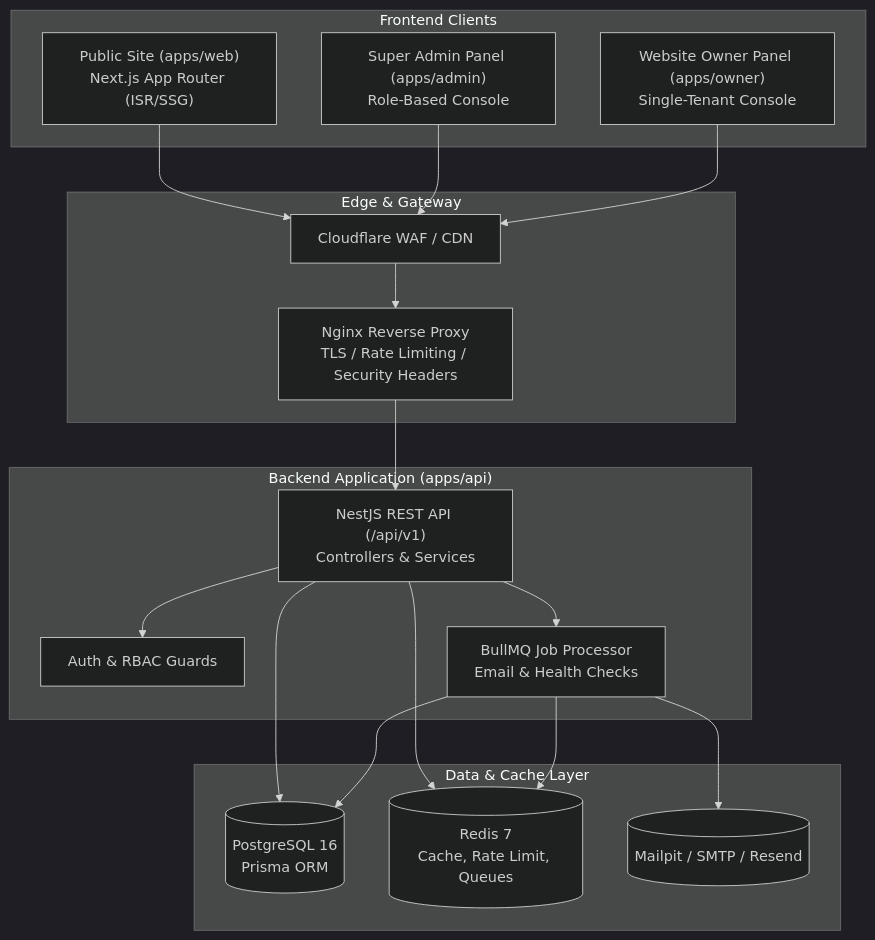
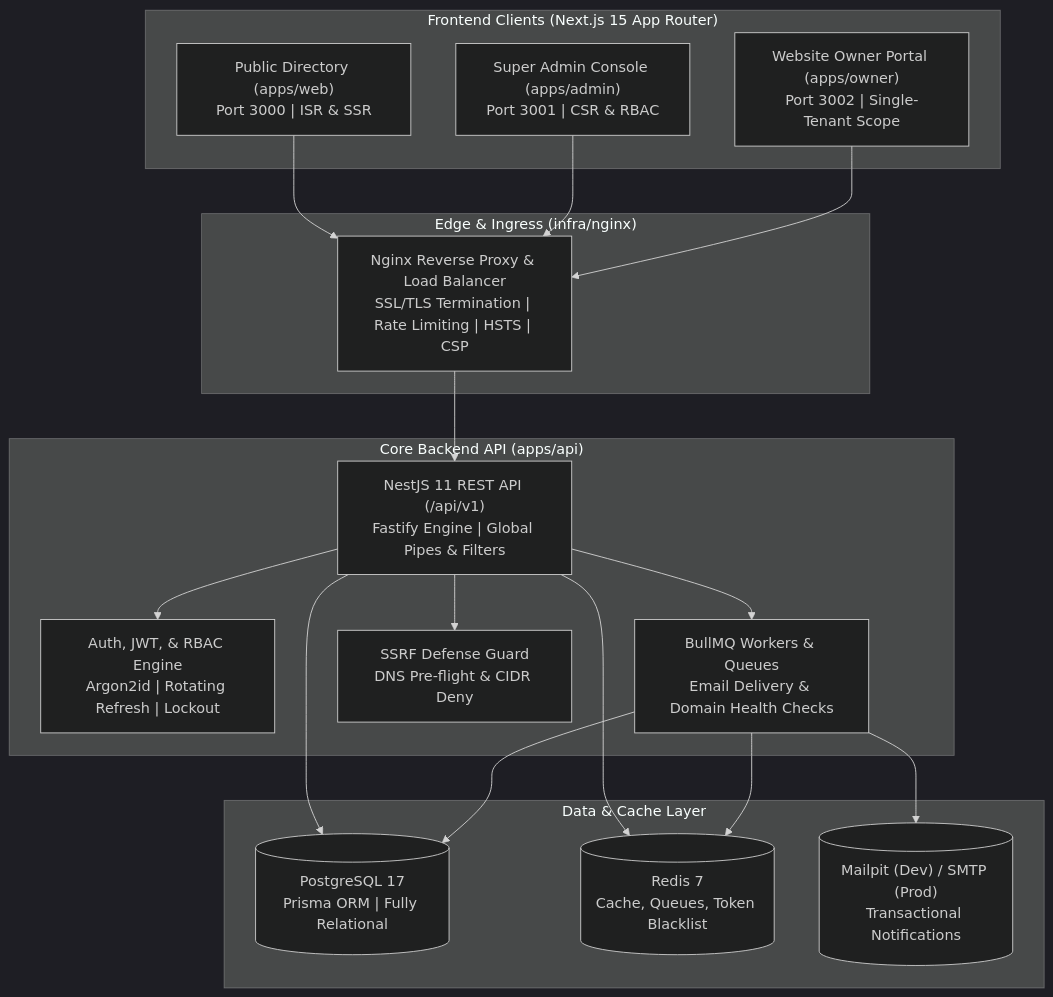
Before and after one commit to toshakparmar/findfunlinks: the first of 3 diagrams in docs/ARCHITECTURE.md, drawn with Mermaid (dark theme). The commit also changed other lines of this file and 22 other files, not shown here.

Commit message:
feat(infra): add multi-stage dockerfiles, docker compose, nginx ingress, ci/cd pipeline, and operations documentation (phase 7)

````diff
--- a/docs/ARCHITECTURE.md
+++ b/docs/ARCHITECTURE.md
@@ -30,39 +30,39 @@
 ```mermaid
 flowchart TD
-    subgraph Clients["Frontend Clients"]
-        WEB["Public Site (apps/web)<br/>Next.js App Router (ISR/SSG)"]
-        ADMIN["Super Admin Panel (apps/admin)<br/>Role-Based Console"]
-        OWNER["Website Owner Panel (apps/owner)<br/>Single-Tenant Console"]
+    subgraph Clients["Frontend Clients (Next.js 15 App Router)"]
+        WEB["Public Directory (apps/web)<br/>Port 3000 | ISR & SSR"]
+        ADMIN["Super Admin Console (apps/admin)<br/>Port 3001 | CSR & RBAC"]
+        OWNER["Website Owner Portal (apps/owner)<br/>Port 3002 | Single-Tenant Scope"]
     end
 
-    subgraph Gateway["Edge & Gateway"]
-        CF["Cloudflare WAF / CDN"]
-        NGINX["Nginx Reverse Proxy<br/>TLS / Rate Limiting / Security Headers"]
+    subgraph Edge["Edge & Ingress (infra/nginx)"]
+        NGINX["Nginx Reverse Proxy & Load Balancer<br/>SSL/TLS Termination | Rate Limiting | HSTS | CSP"]
     end
 
-    subgraph Backend["Backend Application (apps/api)"]
-        NEST["NestJS REST API (/api/v1)<br/>Controllers & Services"]
-        AUTH_M["Auth & RBAC Guards"]
-        QUEUE["BullMQ Job Processor<br/>Email & Health Checks"]
+    subgraph Backend["Core Backend API (apps/api)"]
+        NEST["NestJS 11 REST API (/api/v1)<br/>Fastify Engine | Global Pipes & Filters"]
+        AUTH_M["Auth, JWT, & RBAC Engine<br/>Argon2id | Rotating Refresh | Lockout"]
+        QUEUE["BullMQ Workers & Queues<br/>Email Delivery & Domain Health Checks"]
+        SSRF["SSRF Defense Guard<br/>DNS Pre-flight & CIDR Deny"]
     end
 
     subgraph Storage["Data & Cache Layer"]
-        PG[("PostgreSQL 16<br/>Prisma ORM")]
-        REDIS[("Redis 7<br/>Cache, Rate Limit, Queues")]
-        MAIL[("Mailpit / SMTP / Resend")]
+        PG[("PostgreSQL 17<br/>Prisma ORM | Fully Relational")]
+        REDIS[("Redis 7<br/>Cache, Queues, Token Blacklist")]
+        MAIL[("Mailpit (Dev) / SMTP (Prod)<br/>Transactional Notifications")]
     end
 
-    WEB --> CF
-    ADMIN --> CF
-    OWNER --> CF
-    CF --> NGINX
+    WEB --> NGINX
+    ADMIN --> NGINX
+    OWNER --> NGINX
     NGINX --> NEST
 
     NEST --> AUTH_M
+    NEST --> SSRF
+    NEST --> QUEUE
     NEST --> PG
     NEST --> REDIS
-    NEST --> QUEUE
     QUEUE --> REDIS
     QUEUE --> MAIL
     QUEUE --> PG
 ```
````
